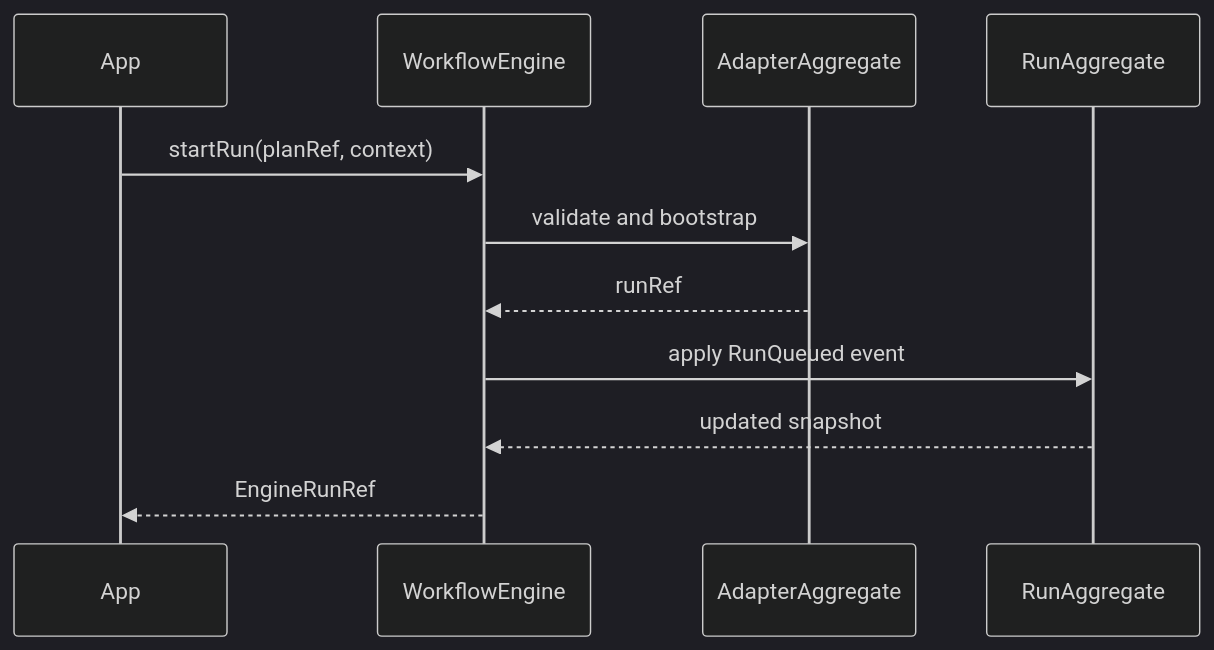
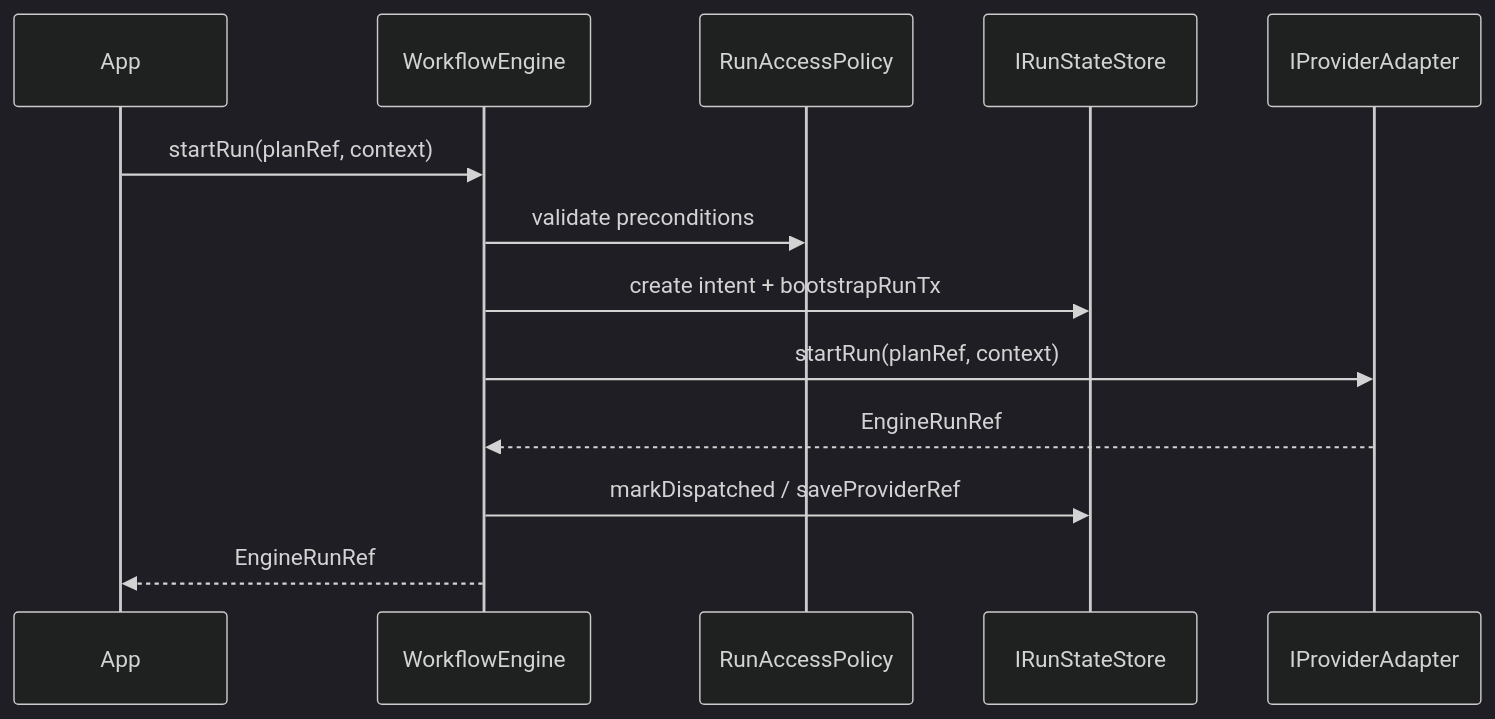
The third of 3 diagrams in docs/architecture/components/engine.md (dunay2/dvt), drawn with Mermaid (dark theme) before and after one commit. The commit also changed other lines of this file and 2 other files, not shown here.

Commit message:
docs(engine): Align architecture docs with current code

````diff
--- a/docs/architecture/components/engine.md
+++ b/docs/architecture/components/engine.md
@@ -118,13 +142,16 @@
 ```mermaid
 sequenceDiagram
   participant App
   participant WorkflowEngine
-  participant AdapterAggregate
-  participant RunAggregate
+  participant Policy as RunAccessPolicy
+  participant Store as IRunStateStore
+  participant Adapter as IProviderAdapter
+
   App->>WorkflowEngine: startRun(planRef, context)
-  WorkflowEngine->>AdapterAggregate: validate and bootstrap
-  AdapterAggregate-->>WorkflowEngine: runRef
-  WorkflowEngine->>RunAggregate: apply RunQueued event
-  RunAggregate-->>WorkflowEngine: updated snapshot
+  WorkflowEngine->>Policy: validate preconditions
+  WorkflowEngine->>Store: create intent + bootstrapRunTx
+  WorkflowEngine->>Adapter: startRun(planRef, context)
+  Adapter-->>WorkflowEngine: EngineRunRef
+  WorkflowEngine->>Store: markDispatched / saveProviderRef
   WorkflowEngine-->>App: EngineRunRef
 ```
````
